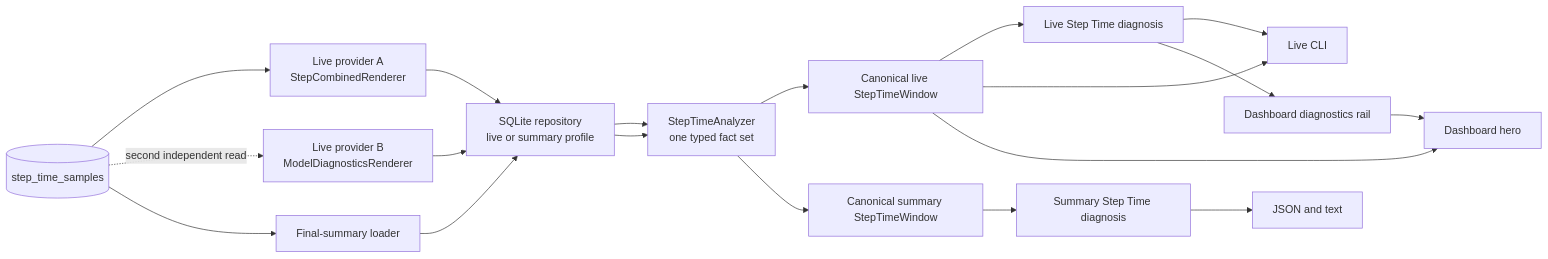
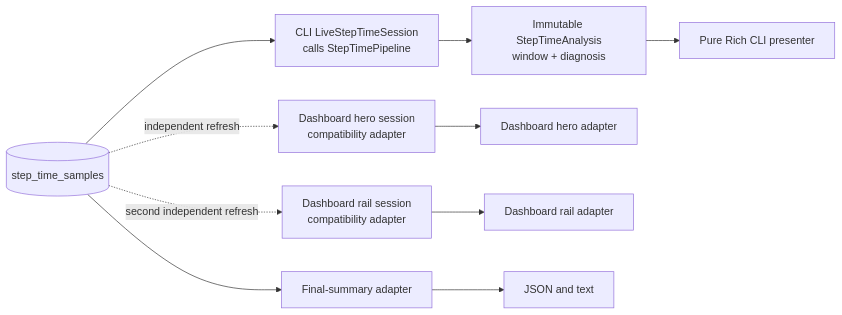
Before and after one commit to traceopt-ai/traceml: the diagram in docs/developer_guide/step-time-pipeline-contract.md, drawn with Mermaid. The commit also changed other lines of this file and 21 other files, not shown here.

Commit message:
add cli presenter (#299)

````diff
--- a/docs/developer_guide/step-time-pipeline-contract.md
+++ b/docs/developer_guide/step-time-pipeline-contract.md
@@ -14,28 +14,18 @@
 ```mermaid
 flowchart LR
     DB[(step_time_samples)]
-    A["Live provider A<br/>StepCombinedRenderer"]
-    B["Live provider B<br/>ModelDiagnosticsRenderer"]
-    L["SQLite repository<br/>live or summary profile"]
-    ANALYZE["StepTimeAnalyzer<br/>one typed fact set"]
-    W["Canonical live StepTimeWindow"]
-    D["Live Step Time diagnosis"]
-    CLI["Live CLI"]
-    HERO["Dashboard hero"]
-    RAIL["Dashboard diagnostics rail"]
-    S["Final-summary loader"]
-    SW["Canonical summary StepTimeWindow"]
-    SD["Summary Step Time diagnosis"]
+    CLS["CLI LiveStepTimeSession<br/>calls StepTimePipeline"]
+    HLS["Dashboard hero session<br/>compatibility adapter"]
+    RLS["Dashboard rail session<br/>compatibility adapter"]
+    RESULT["Immutable StepTimeAnalysis<br/>window + diagnosis"]
+    CLI["Pure Rich CLI presenter"]
+    HERO["Dashboard hero adapter"]
+    RAIL["Dashboard rail adapter"]
+    SUM["Final-summary adapter"]
     OUT["JSON and text"]
 
-    DB --> A --> L --> ANALYZE --> W
-    DB -. "second independent read" .-> B
-    B --> L
-    W --> D
-    W --> CLI
-    W --> HERO
-    D --> CLI
-    D --> RAIL
-    RAIL --> HERO
-    DB --> S --> L --> ANALYZE --> SW --> SD --> OUT
+    DB --> CLS --> RESULT --> CLI
+    DB -. "independent refresh" .-> HLS --> HERO
+    DB -. "second independent refresh" .-> RLS --> RAIL
+    DB --> SUM --> OUT
 ```
````
